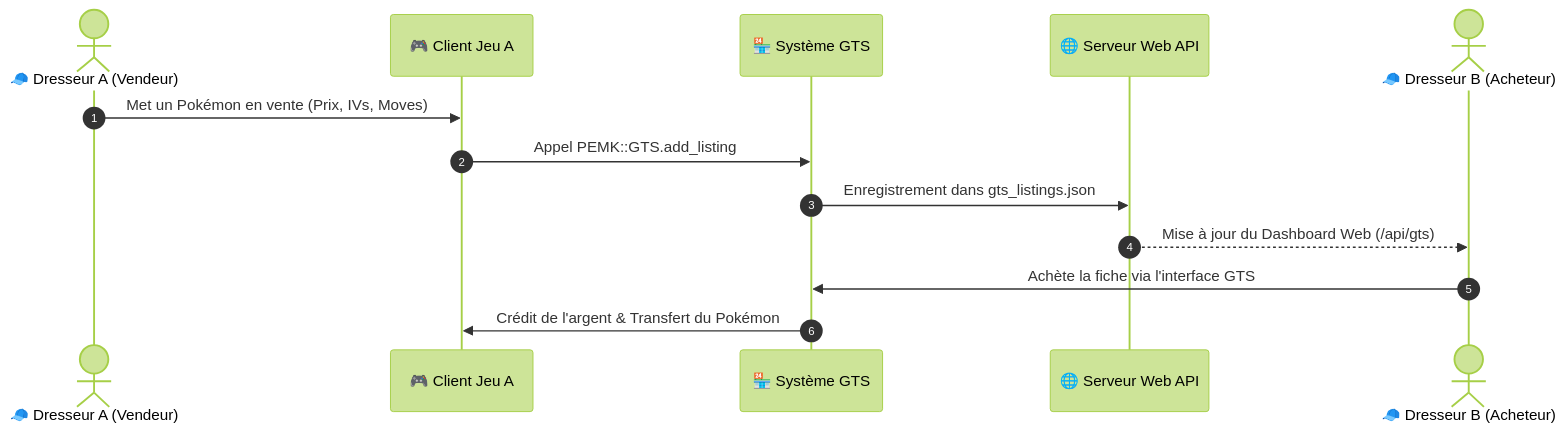
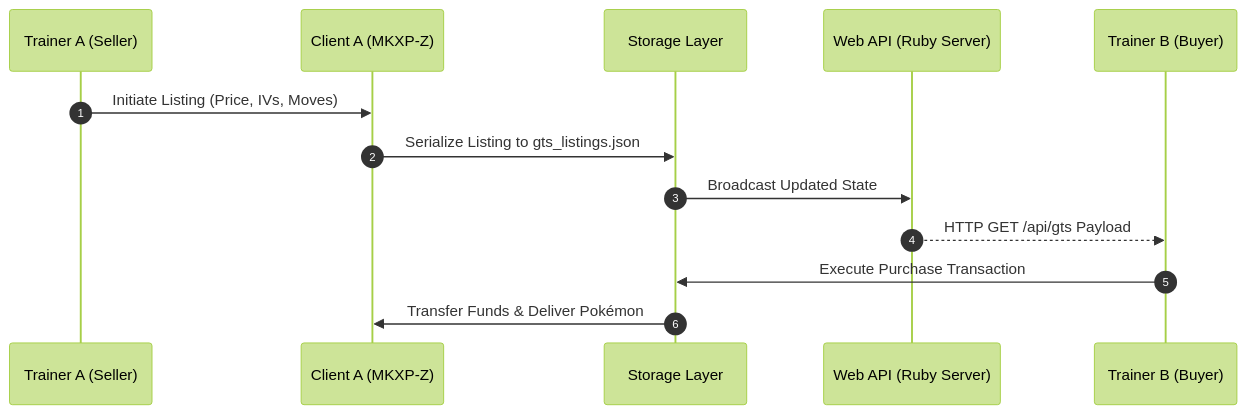
Before and after one commit to NISMOR33/POKEMON-ONLINE: the second of 2 diagrams in README.md, drawn with Mermaid (forest theme). The commit also changed other lines of this file and 1 other file, not shown here.

Commit message:
feat: GTS enhancements, Delete Save button UI, intro graphics & professional README

````diff
--- a/README.md
+++ b/README.md
@@ -93,16 +138,16 @@
 ```mermaid
 sequenceDiagram
     autonumber
-    actor Vendeur as 🧢 Dresseur A (Vendeur)
-    participant ClientA as 🎮 Client Jeu A
-    participant GTS as 🏪 Système GTS
-    participant WebServer as 🌐 Serveur Web API
-    actor Acheteur as 🧢 Dresseur B (Acheteur)
+    participant TraderA as Trainer A (Seller)
+    participant ClientA as Client A (MKXP-Z)
+    participant Storage as Storage Layer
+    participant WebAPI as Web API (Ruby Server)
+    participant TraderB as Trainer B (Buyer)
 
-    Vendeur->>ClientA: Met un Pokémon en vente (Prix, IVs, Moves)
-    ClientA->>GTS: Appel PEMK::GTS.add_listing
-    GTS->>WebServer: Enregistrement dans gts_listings.json
-    WebServer-->>Acheteur: Mise à jour du Dashboard Web (/api/gts)
-    Acheteur->>GTS: Achète la fiche via l'interface GTS
-    GTS->>ClientA: Crédit de l'argent & Transfert du Pokémon
+    TraderA->>ClientA: Initiate Listing (Price, IVs, Moves)
+    ClientA->>Storage: Serialize Listing to gts_listings.json
+    Storage->>WebAPI: Broadcast Updated State
+    WebAPI-->>TraderB: HTTP GET /api/gts Payload
+    TraderB->>Storage: Execute Purchase Transaction
+    Storage->>ClientA: Transfer Funds & Deliver Pokémon
 ```
````
